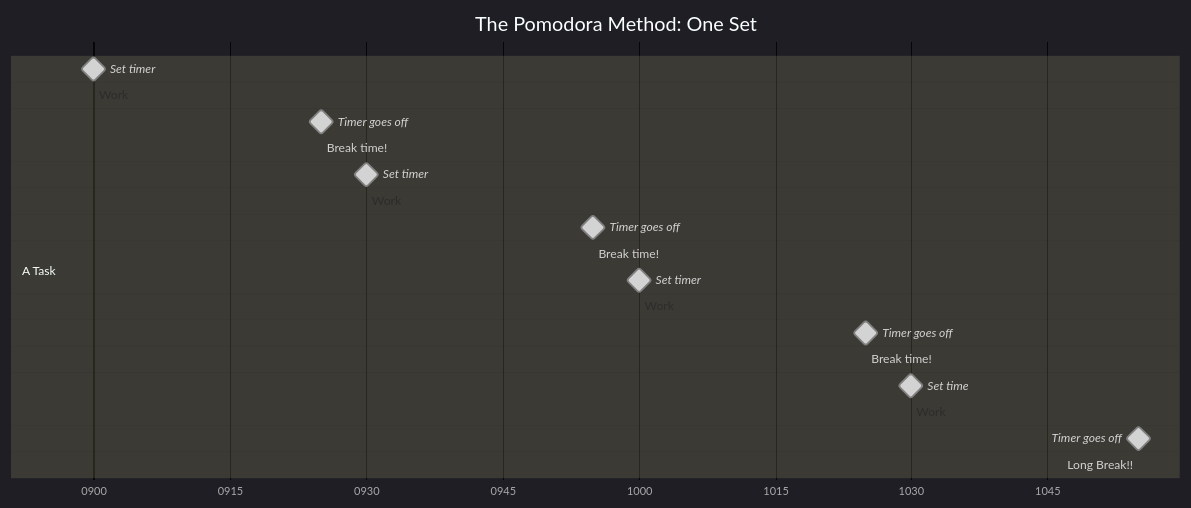
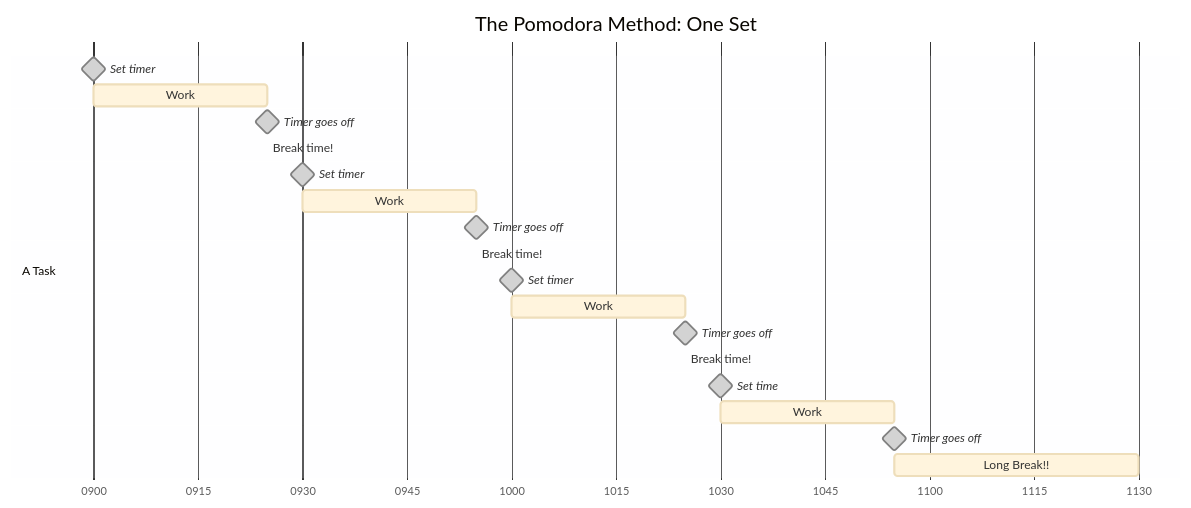
Before and after one commit to ccbaumler/centralizing-lit: the second of 3 diagrams in centralizing-lit.qmd, drawn with Mermaid. The commit also changed other lines of this file and 2 other files, not shown here.

````diff
--- a/centralizing-lit.qmd
+++ b/centralizing-lit.qmd
@@ -866,31 +880,32 @@
 ```{mermaid}
 %%| echo: false
+%%| mermaid-format: png
 
 %%{init: {
-  "theme": "dark",
+  "theme": "base",
   "themeCSS": ".sectionTitle:not([font-size]), .sectionTitle[font-size] { font-size:16px; }, .taskText:not([font-size]), .taskText[font-size] { font-size:15px; }, .taskTextOutsideRight:not([font-size]), .taskTextOutsideRight[font-size] { font-size:16px; }"
 }}%%
 
 gantt 
     title The Pomodora Method: One Set
     dateFormat hh:mm
     axisFormat %H%M
     
     section A Task
     Set timer : done, milestone, 09:00, 0min
-    Work : active, 25min
+    Work : 09:00, 09:25
     Timer goes off: done, milestone, 09:25, 0min
     Break time! : 5min
     Set timer : done, milestone, 09:30, 0min
-    Work : active, 25min
+    Work : 09:30, 09:55
     Timer goes off: done, milestone, 09:55, 0min
     Break time! : 5min
     Set timer : done, milestone, 10:00, 0min
-    Work : active, 25min
+    Work : 10:00, 10:25
     Timer goes off: done, milestone, 10:25, 0min
     Break time! : 5min
     Set time : done, milestone, 10:30, 0min
-    Work : active, 25min
+    Work : 10:30, 10:55
     Timer goes off: done, milestone, 10:55, 0min
-    Long Break!! : 30min
+    Long Break!! : 10:55, 11:30
 ```
````
